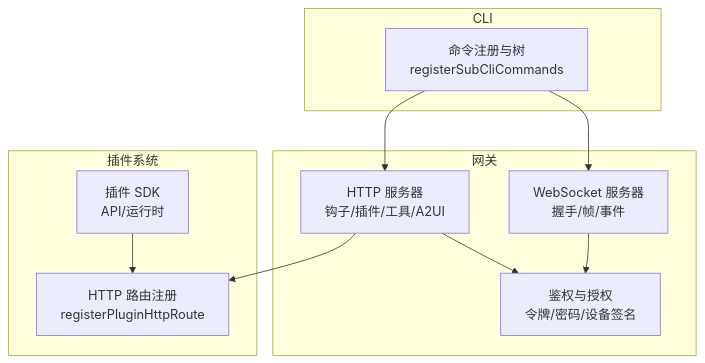
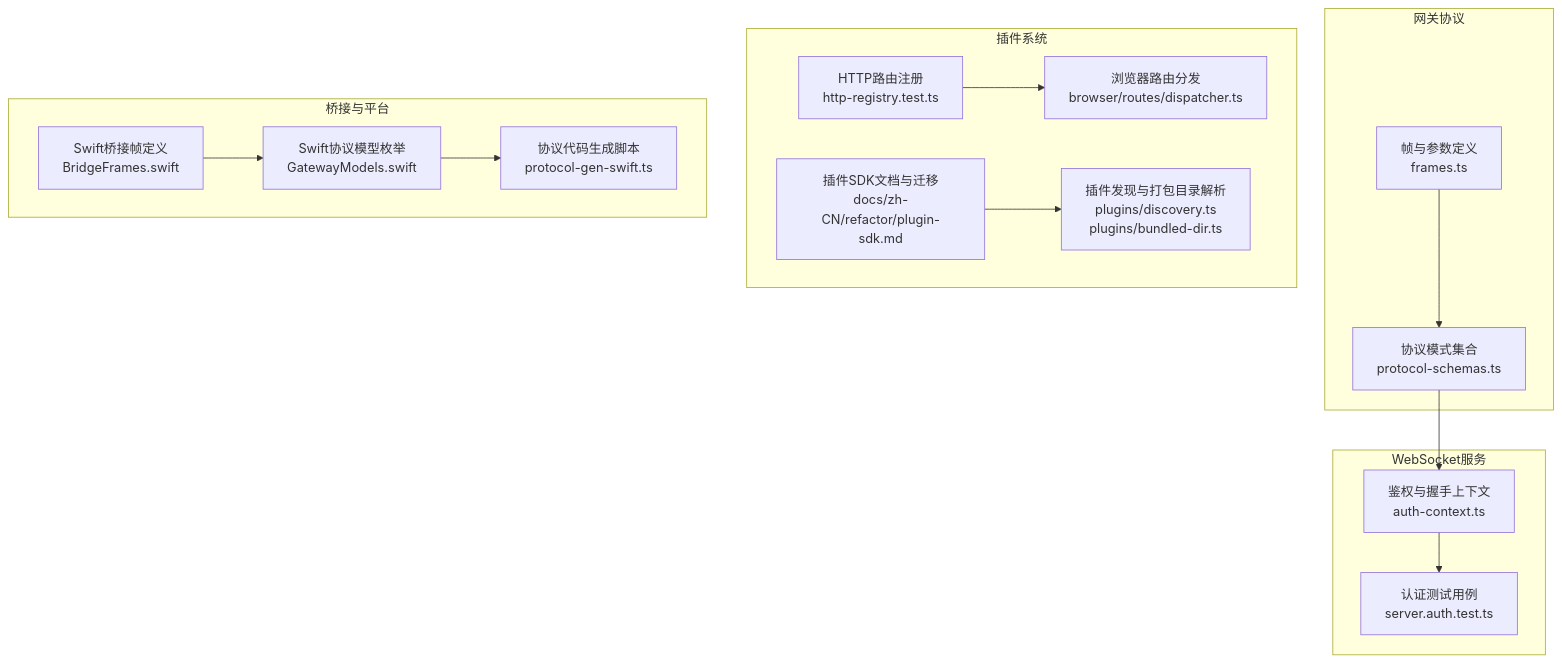
The first of 8 diagrams in .qoder/repowiki/zh/content/API参考/API参考.md (HACK-WU/openclaw), drawn with Mermaid before and after one commit. The commit also changed other lines of this file and 549 other files, not shown here.

````diff
--- a/.qoder/repowiki/zh/content/API参考/API参考.md
+++ b/.qoder/repowiki/zh/content/API参考/API参考.md
@@ -60,21 +61,29 @@
 ```mermaid
 graph TB
-subgraph "网关"
-WS["WebSocket 服务器<br/>握手/帧/事件"]
-HTTP["HTTP 服务器<br/>钩子/插件/工具/A2UI"]
-AUTH["鉴权与授权<br/>令牌/密码/设备签名"]
+subgraph "网关协议"
+F["帧与参数定义<br/>frames.ts"]
+S["协议模式集合<br/>protocol-schemas.ts"]
+end
+subgraph "WebSocket服务"
+A["鉴权与握手上下文<br/>auth-context.ts"]
+T["认证测试用例<br/>server.auth.test.ts"]
 end
 subgraph "插件系统"
-SDK["插件 SDK<br/>API/运行时"]
-REG["HTTP 路由注册<br/>registerPluginHttpRoute"]
+R["HTTP路由注册<br/>http-registry.test.ts"]
+D["浏览器路由分发<br/>browser/routes/dispatcher.ts"]
+PSDK["插件SDK文档与迁移<br/>docs/zh-CN/refactor/plugin-sdk.md"]
+PD["插件发现与打包目录解析<br/>plugins/discovery.ts<br/>plugins/bundled-dir.ts"]
 end
-subgraph "CLI"
-CMD["命令注册与树<br/>registerSubCliCommands"]
+subgraph "桥接与平台"
+SW["Swift桥接帧定义<br/>BridgeFrames.swift"]
+GM["Swift协议模型枚举<br/>GatewayModels.swift"]
+PG["协议代码生成脚本<br/>protocol-gen-swift.ts"]
 end
-WS --> AUTH
-HTTP --> AUTH
-HTTP --> REG
-SDK --> REG
-CMD --> WS
-CMD --> HTTP
+F --> S
+S --> A
+A --> T
+R --> D
+PSDK --> PD
+SW --> GM
+GM --> PG
 ```
````
